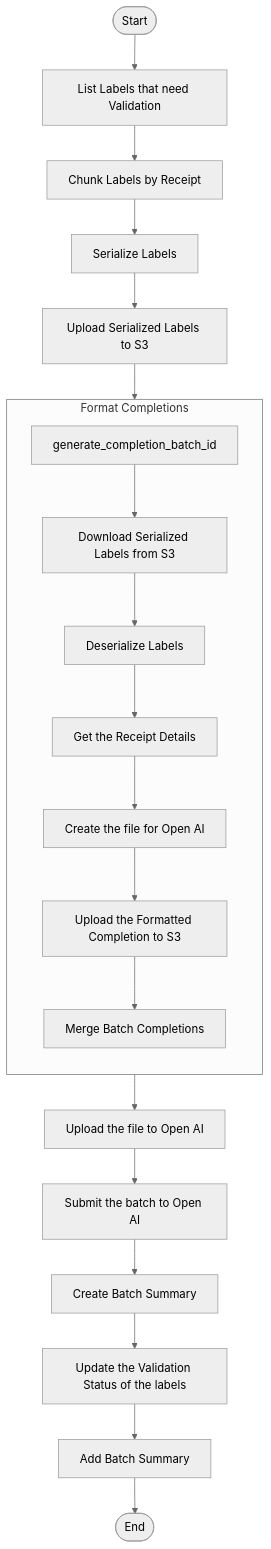
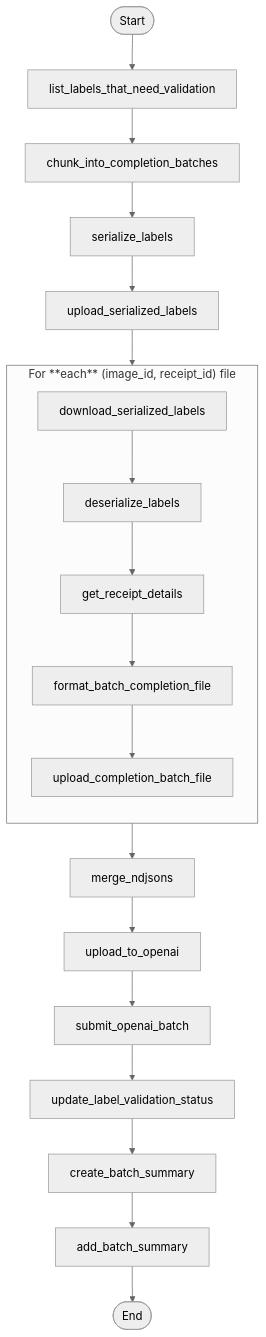
Before and after one commit to tnorlund/Portfolio: the diagram in receipt_label/receipt_label/submit_completion_batch/README.md, drawn with Mermaid (neutral theme). The commit also changed 26 other files, not shown here.

````diff
--- a/receipt_label/receipt_label/submit_completion_batch/README.md
+++ b/receipt_label/receipt_label/submit_completion_batch/README.md
@@ -100,26 +100,28 @@
 ```mermaid
 flowchart TB
-    Start([Start]) --> list_labels_that_need_validation["List Labels that need Validation"]
-    list_labels_that_need_validation --> chunk_into_completion_batches["Chunk Labels by Receipt"]
-    chunk_into_completion_batches --> serialize_labels["Serialize Labels"]
-    serialize_labels --> upload_serialized_labels["Upload Serialized Labels to S3"]
-    upload_serialized_labels --> format_ndjsons
+    %% ───────── Stage 1  ─────────
+    Start([Start]) --> list_labels_that_need_validation
+    list_labels_that_need_validation --> chunk_into_completion_batches
+    chunk_into_completion_batches --> serialize_labels
+    serialize_labels --> upload_serialized_labels
 
-    subgraph format_ndjsons["Format Completions"]
+    %% ───────── Stage 2 : Map  ─────────
+    upload_serialized_labels --> PerReceiptMap
+
+    subgraph PerReceiptMap["For **each** (image_id, receipt_id) file"]
         direction TB
-        generate_completion_batch_id --> download_serialized_labels["Download Serialized Labels from S3"]
-        download_serialized_labels --> deserialize_labels["Deserialize Labels"]
-        deserialize_labels --> get_receipt_details["Get the Receipt Details"]
-        get_receipt_details --> format_batch_completion_file["Create the file for Open AI"]
-        format_batch_completion_file --> upload_completion_batch_file["Upload the Formatted Completion to S3"]
-        upload_completion_batch_file --> merge_ndjsons
+        download_serialized_labels --> deserialize_labels
+        deserialize_labels --> get_receipt_details
+        get_receipt_details --> format_batch_completion_file
+        format_batch_completion_file --> upload_completion_batch_file
     end
 
-    merge_ndjsons["Merge Batch Completions"] --> upload_to_openai["Upload the file to Open AI"]
-    upload_to_openai --> submit_openai_batch["Submit the batch to Open AI"]
-    submit_openai_batch --> create_batch_summary["Create Batch Summary"]
-    create_batch_summary --> update_label_validation_status["Update the Validation Status of the labels"]
-    update_label_validation_status --> add_batch_summary["Add Batch Summary"]
-
-    add_batch_summary --> END([End])
+    %% ───────── Stage 3  ─────────
+    PerReceiptMap --> merge_ndjsons
+    merge_ndjsons --> upload_to_openai
+    upload_to_openai --> submit_openai_batch
+    submit_openai_batch --> update_label_validation_status
+    update_label_validation_status --> create_batch_summary
+    create_batch_summary --> add_batch_summary
+    add_batch_summary --> End([End])
 ```
````
